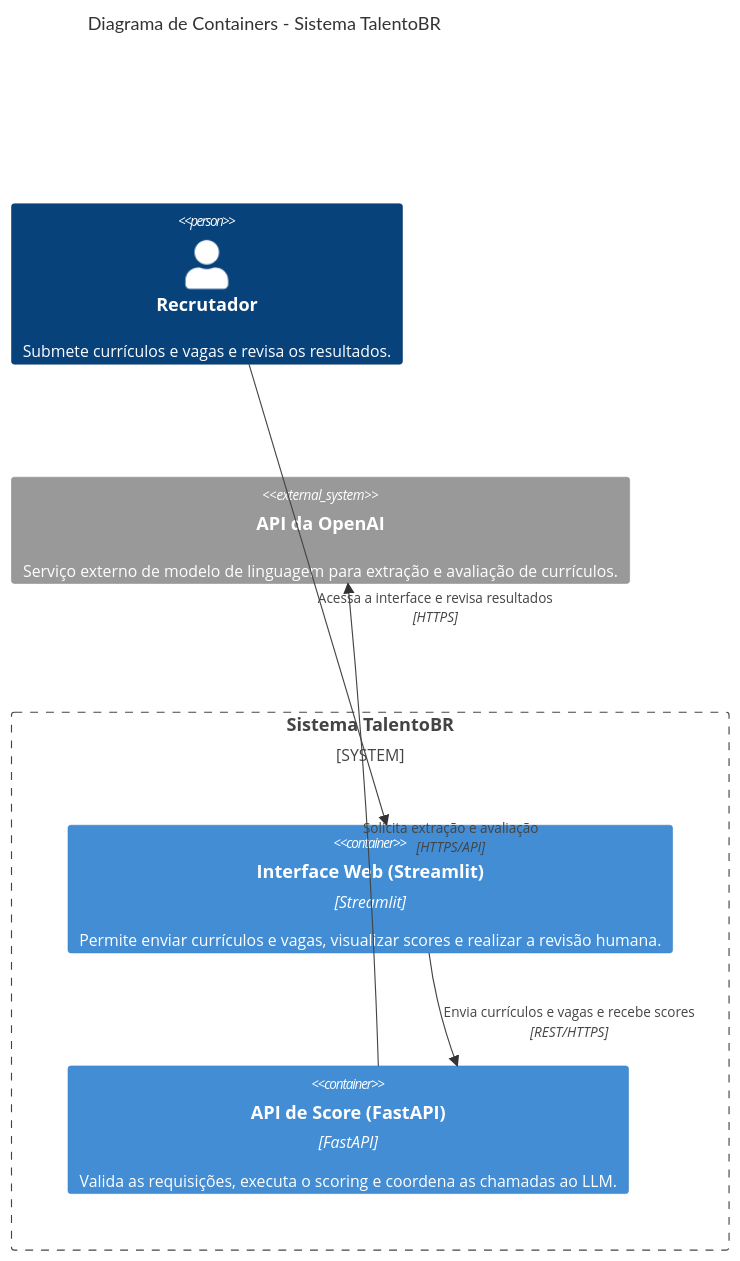
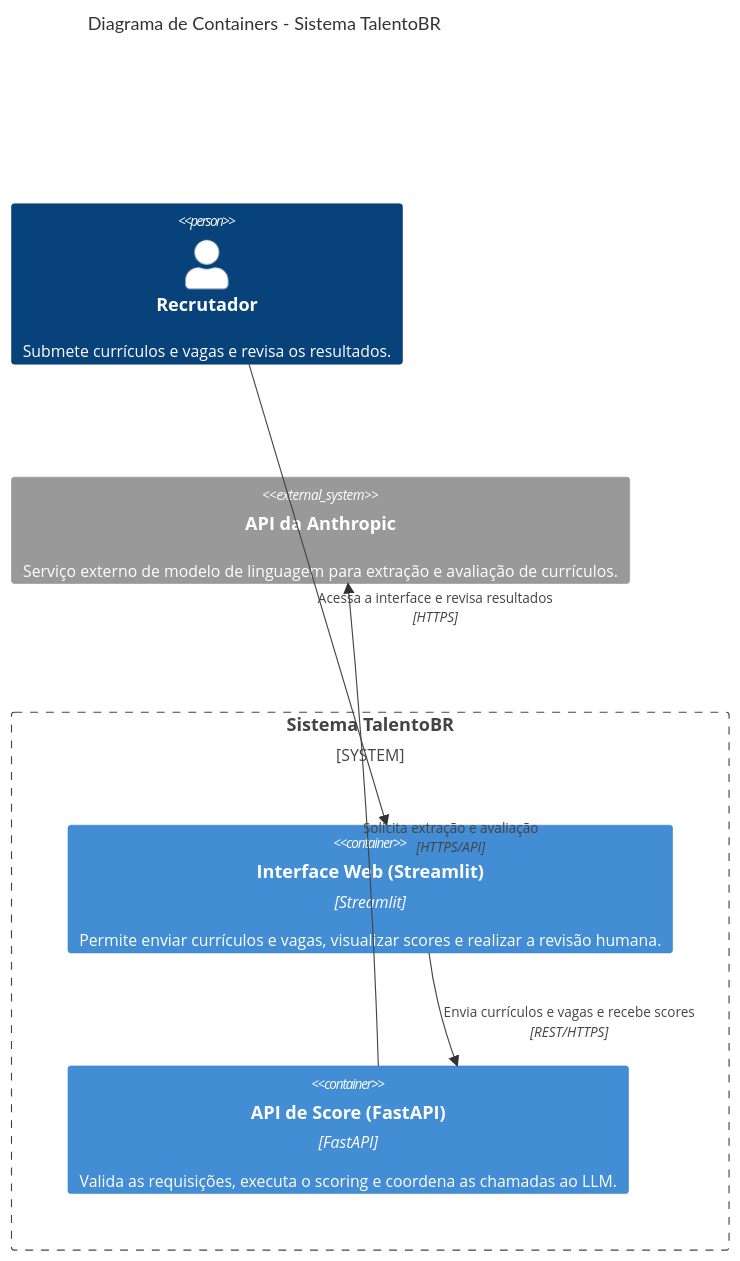
One commit to Barbara-Roberta-Marchinski/ai-factory-talentobr changed the second of 2 diagrams in docs/arquitetura.md. Above: the diagram before and after it, drawn with Mermaid. The commit also changed other lines of this file and 8 other files, not shown here.

Commit message:
feat: migra provedor de LLM da OpenAI para Anthropic, adiciona testes e atualiza docs

````diff
--- a/docs/arquitetura.md
+++ b/docs/arquitetura.md
@@ -30,15 +30,15 @@
 ```mermaid
 C4Container
     title Diagrama de Containers - Sistema TalentoBR
 
     Person(recruiter, "Recrutador", "Submete currículos e vagas e revisa os resultados.")
     System_Boundary(talentobr, "Sistema TalentoBR") {
         Container(web, "Interface Web (Streamlit)", "Streamlit", "Permite enviar currículos e vagas, visualizar scores e realizar a revisão humana.")
         Container(api, "API de Score (FastAPI)", "FastAPI", "Valida as requisições, executa o scoring e coordena as chamadas ao LLM.")
     }
-    System_Ext(openai, "API da OpenAI", "Serviço externo de modelo de linguagem para extração e avaliação de currículos.")
+    System_Ext(anthropic, "API da Anthropic", "Serviço externo de modelo de linguagem para extração e avaliação de currículos.")
 
     Rel(recruiter, web, "Acessa a interface e revisa resultados", "HTTPS")
     Rel(web, api, "Envia currículos e vagas e recebe scores", "REST/HTTPS")
-    Rel(api, openai, "Solicita extração e avaliação", "HTTPS/API")
+    Rel(api, anthropic, "Solicita extração e avaliação", "HTTPS/API")
 ```
````
